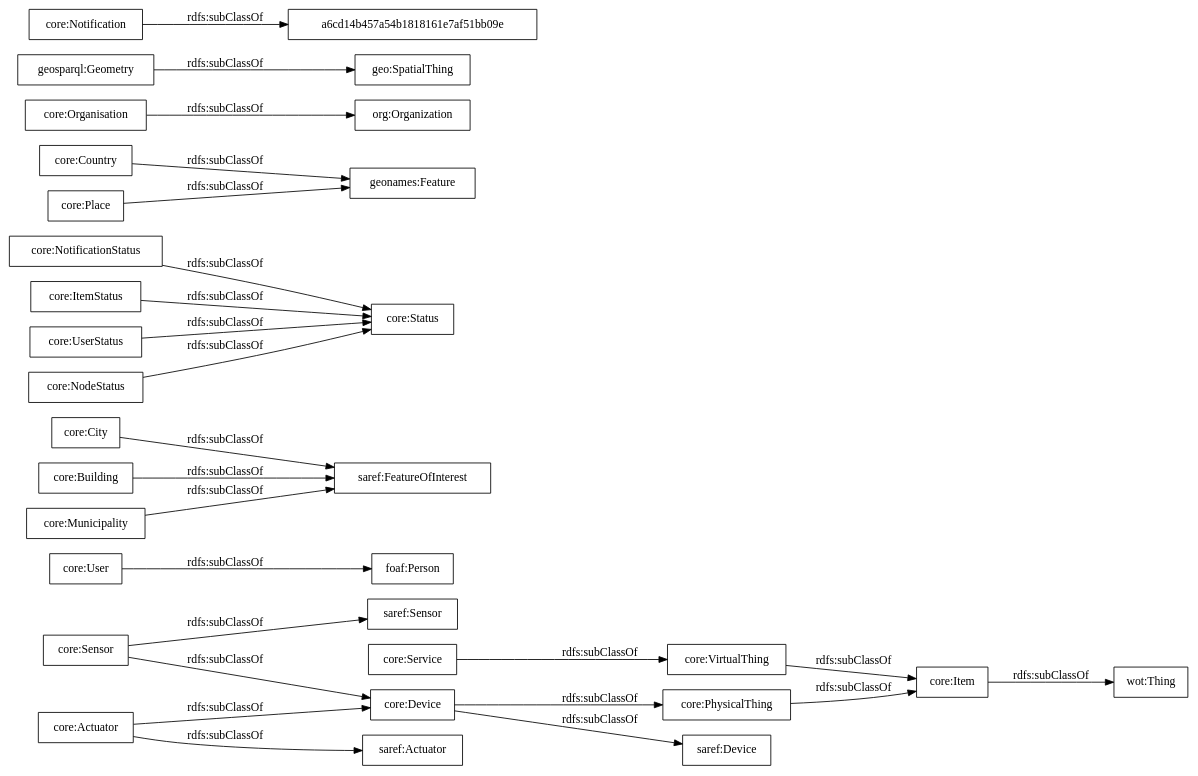
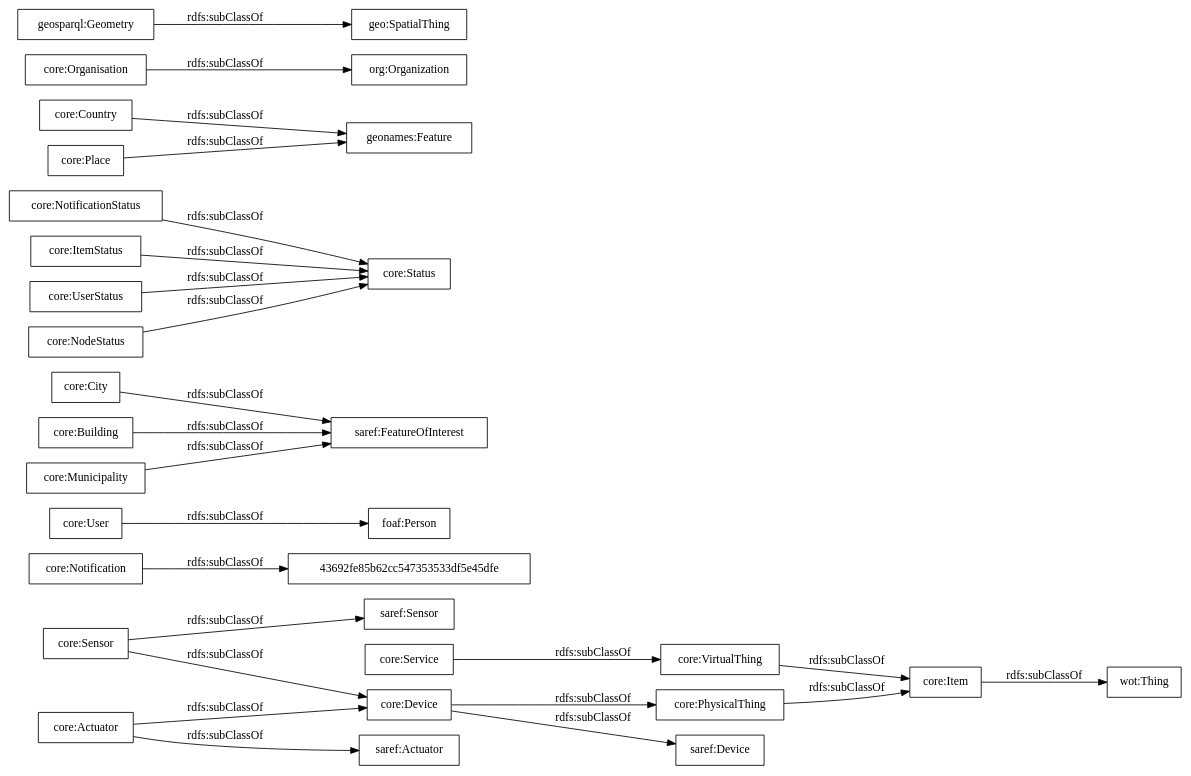
The diagram in OnToology/ontology/auroral-core.ttl/diagrams/ar2dtool-taxonomy/auroral-core.ttl.png.dot (oeg-upm/auroral-core-ontology), drawn with Graphviz before and after one commit. The commit also changed 11 other files, not shown here.

```diff
--- a/OnToology/ontology/auroral-core.ttl/diagrams/ar2dtool-taxonomy/auroral-core.ttl.png.dot
+++ b/OnToology/ontology/auroral-core.ttl/diagrams/ar2dtool-taxonomy/auroral-core.ttl.png.dot
@@ -1,29 +1,29 @@
 digraph ar2dtool_diagram { 
 rankdir=LR;
 size="1000"
-node [shape = rectangle, color="black"]; "wot:Thing" "saref:Actuator" "core:User" "saref:Device" "core:City" "core:NotificationStatus" "geonames:Feature" "core:Status" "core:Service" "core:Device" "core:Sensor" "core:Actuator" "core:Organisation" "foaf:Person" "core:Building" "org:Organization" "core:Country" "core:Item" "geosparql:Geometry" "core:Place" "core:Notification" "core:ItemStatus" "geo:SpatialThing" "core:PhysicalThing" "core:UserStatus" "core:NodeStatus" "core:Municipality" "core:VirtualThing" "saref:FeatureOfInterest" "saref:Sensor" "a6cd14b457a54b1818161e7af51bb09e" ; /*classes style*/
+node [shape = rectangle, color="black"]; "wot:Thing" "43692fe85b62cc547353533df5e45dfe" "saref:Actuator" "core:User" "saref:Device" "core:City" "core:NotificationStatus" "geonames:Feature" "core:Status" "core:Service" "core:Device" "core:Sensor" "core:Actuator" "core:Organisation" "foaf:Person" "core:Building" "org:Organization" "core:Country" "core:Item" "geosparql:Geometry" "core:Place" "core:Notification" "core:ItemStatus" "geo:SpatialThing" "core:PhysicalThing" "core:UserStatus" "core:NodeStatus" "core:Municipality" "core:VirtualThing" "saref:FeatureOfInterest" "saref:Sensor" ; /*classes style*/
 	"core:ItemStatus" -> "core:Status" [ label = "rdfs:subClassOf" ];
 	"core:Service" -> "core:VirtualThing" [ label = "rdfs:subClassOf" ];
 	"core:Country" -> "geonames:Feature" [ label = "rdfs:subClassOf" ];
 	"core:Organisation" -> "org:Organization" [ label = "rdfs:subClassOf" ];
 	"core:User" -> "foaf:Person" [ label = "rdfs:subClassOf" ];
 	"core:Building" -> "saref:FeatureOfInterest" [ label = "rdfs:subClassOf" ];
 	"core:PhysicalThing" -> "core:Item" [ label = "rdfs:subClassOf" ];
 	"core:Device" -> "saref:Device" [ label = "rdfs:subClassOf" ];
 	"core:Device" -> "core:PhysicalThing" [ label = "rdfs:subClassOf" ];
 	"core:Municipality" -> "saref:FeatureOfInterest" [ label = "rdfs:subClassOf" ];
 	"core:NodeStatus" -> "core:Status" [ label = "rdfs:subClassOf" ];
 	"core:UserStatus" -> "core:Status" [ label = "rdfs:subClassOf" ];
 	"core:Sensor" -> "saref:Sensor" [ label = "rdfs:subClassOf" ];
 	"core:Sensor" -> "core:Device" [ label = "rdfs:subClassOf" ];
 	"core:VirtualThing" -> "core:Item" [ label = "rdfs:subClassOf" ];
 	"core:Actuator" -> "saref:Actuator" [ label = "rdfs:subClassOf" ];
 	"core:Actuator" -> "core:Device" [ label = "rdfs:subClassOf" ];
 	"core:Item" -> "wot:Thing" [ label = "rdfs:subClassOf" ];
 	"core:Place" -> "geonames:Feature" [ label = "rdfs:subClassOf" ];
 	"geosparql:Geometry" -> "geo:SpatialThing" [ label = "rdfs:subClassOf" ];
-	"core:Notification" -> "a6cd14b457a54b1818161e7af51bb09e" [ label = "rdfs:subClassOf" ];
+	"core:Notification" -> "43692fe85b62cc547353533df5e45dfe" [ label = "rdfs:subClassOf" ];
 	"core:NotificationStatus" -> "core:Status" [ label = "rdfs:subClassOf" ];
 	"core:City" -> "saref:FeatureOfInterest" [ label = "rdfs:subClassOf" ];
 
 }
```
